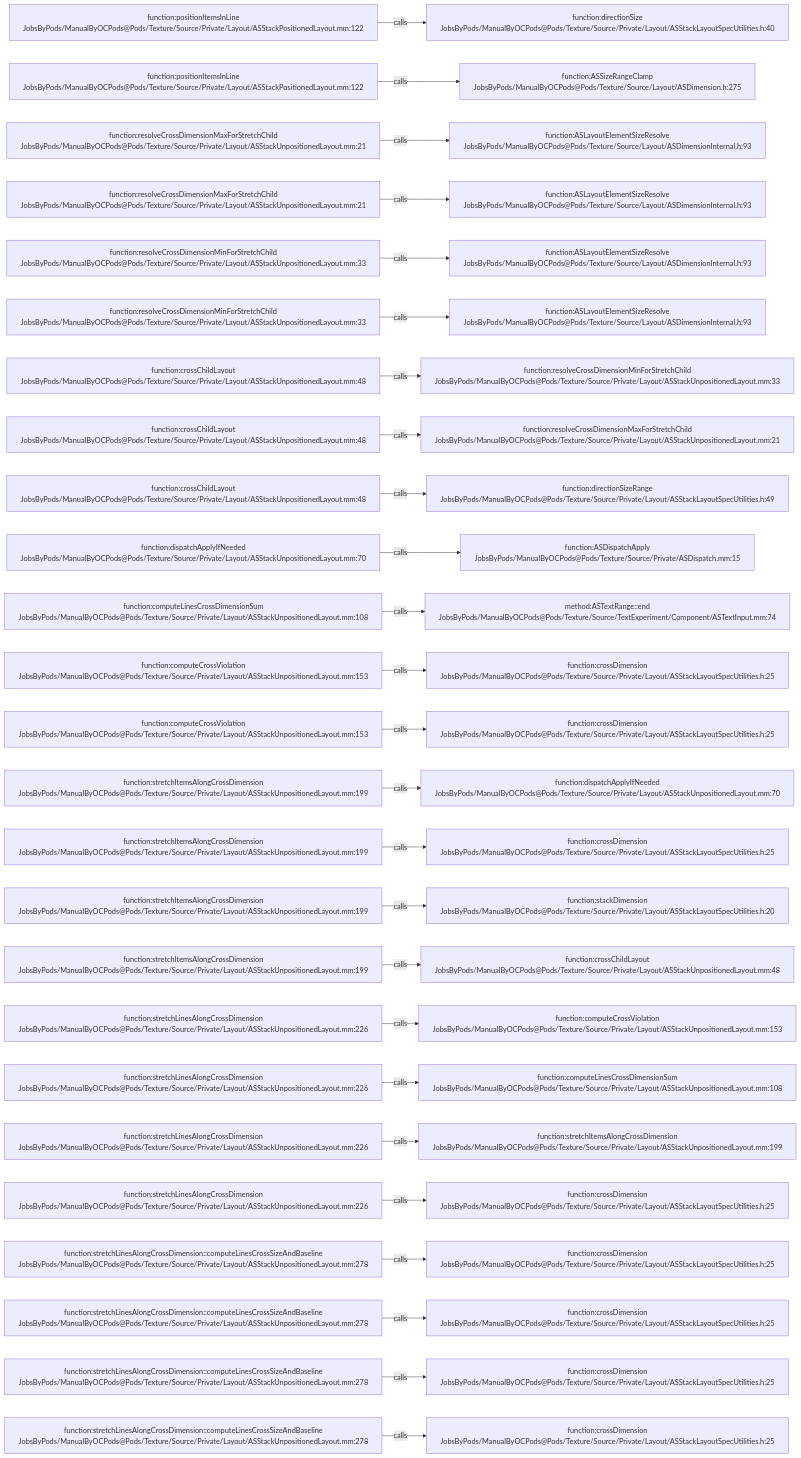
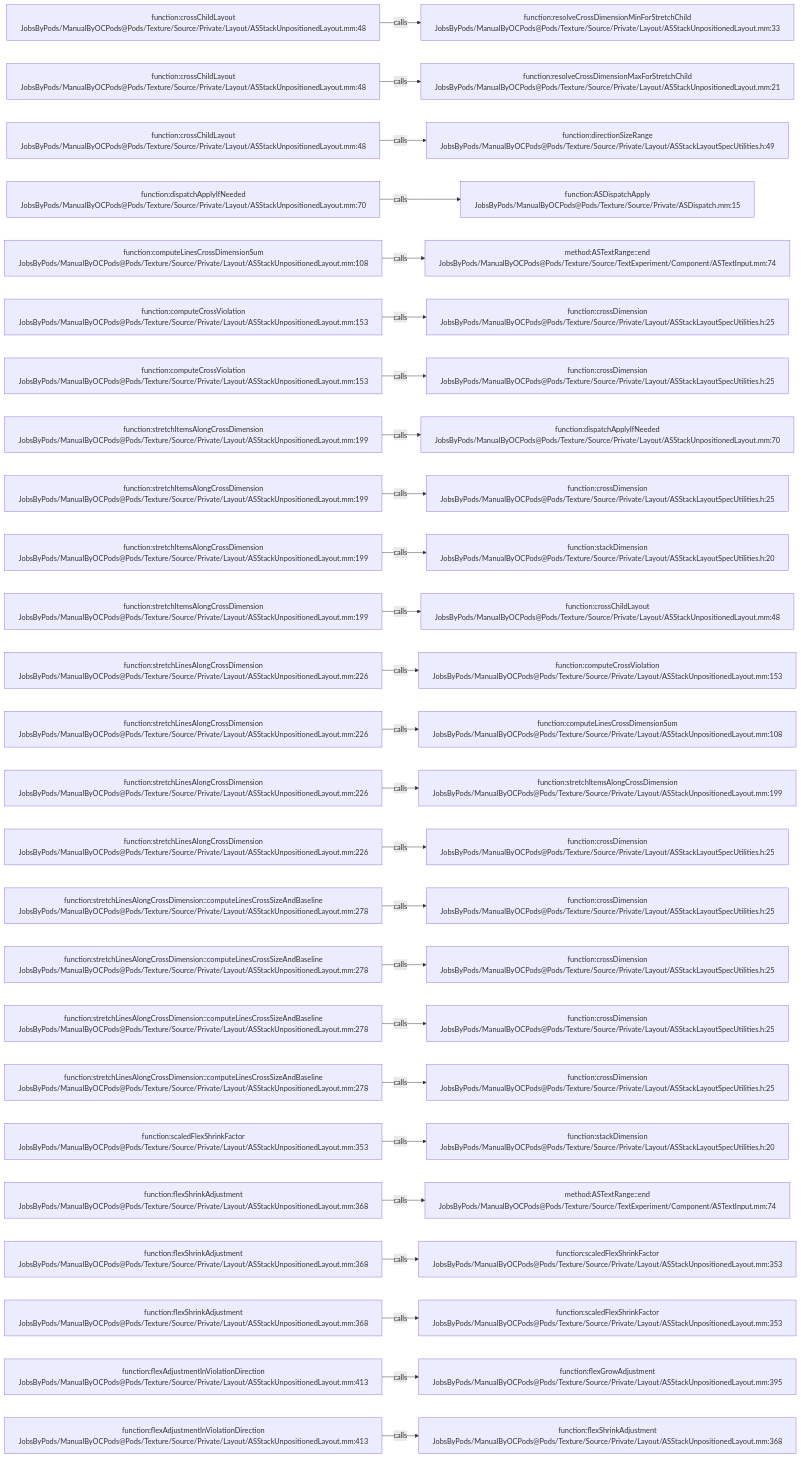
Before and after one commit to JobsKits/JobsOCBaseConfigDemo: the diagram in .codegraph/codegraph.md/graphs/calls-186.md, drawn with Mermaid. The commit also changed 666 other files, not shown here.

````diff
--- a/.codegraph/codegraph.md/graphs/calls-186.md
+++ b/.codegraph/codegraph.md/graphs/calls-186.md
@@ -13,78 +13,78 @@
 ```mermaid
 flowchart LR
-  S1["function:positionItemsInLine<br/>JobsByPods/ManualByOCPods@Pods/Texture/Source/Private/Layout/ASStackPositionedLayout.mm:122"]
-  T1["function:directionSize<br/>JobsByPods/ManualByOCPods@Pods/Texture/Source/Private/Layout/ASStackLayoutSpecUtilities.h:40"]
+  S1["function:crossChildLayout<br/>JobsByPods/ManualByOCPods@Pods/Texture/Source/Private/Layout/ASStackUnpositionedLayout.mm:48"]
+  T1["function:resolveCrossDimensionMinForStretchChild<br/>JobsByPods/ManualByOCPods@Pods/Texture/Source/Private/Layout/ASStackUnpositionedLayout.mm:33"]
   S1 -->|calls| T1
-  S2["function:positionItemsInLine<br/>JobsByPods/ManualByOCPods@Pods/Texture/Source/Private/Layout/ASStackPositionedLayout.mm:122"]
-  T2["function:ASSizeRangeClamp<br/>JobsByPods/ManualByOCPods@Pods/Texture/Source/Layout/ASDimension.h:275"]
+  S2["function:crossChildLayout<br/>JobsByPods/ManualByOCPods@Pods/Texture/Source/Private/Layout/ASStackUnpositionedLayout.mm:48"]
+  T2["function:resolveCrossDimensionMaxForStretchChild<br/>JobsByPods/ManualByOCPods@Pods/Texture/Source/Private/Layout/ASStackUnpositionedLayout.mm:21"]
   S2 -->|calls| T2
-  S3["function:resolveCrossDimensionMaxForStretchChild<br/>JobsByPods/ManualByOCPods@Pods/Texture/Source/Private/Layout/ASStackUnpositionedLayout.mm:21"]
-  T3["function:ASLayoutElementSizeResolve<br/>JobsByPods/ManualByOCPods@Pods/Texture/Source/Layout/ASDimensionInternal.h:93"]
+  S3["function:crossChildLayout<br/>JobsByPods/ManualByOCPods@Pods/Texture/Source/Private/Layout/ASStackUnpositionedLayout.mm:48"]
+  T3["function:directionSizeRange<br/>JobsByPods/ManualByOCPods@Pods/Texture/Source/Private/Layout/ASStackLayoutSpecUtilities.h:49"]
   S3 -->|calls| T3
-  S4["function:resolveCrossDimensionMaxForStretchChild<br/>JobsByPods/ManualByOCPods@Pods/Texture/Source/Private/Layout/ASStackUnpositionedLayout.mm:21"]
-  T4["function:ASLayoutElementSizeResolve<br/>JobsByPods/ManualByOCPods@Pods/Texture/Source/Layout/ASDimensionInternal.h:93"]
+  S4["function:dispatchApplyIfNeeded<br/>JobsByPods/ManualByOCPods@Pods/Texture/Source/Private/Layout/ASStackUnpositionedLayout.mm:70"]
+  T4["function:ASDispatchApply<br/>JobsByPods/ManualByOCPods@Pods/Texture/Source/Private/ASDispatch.mm:15"]
   S4 -->|calls| T4
-  S5["function:resolveCrossDimensionMinForStretchChild<br/>JobsByPods/ManualByOCPods@Pods/Texture/Source/Private/Layout/ASStackUnpositionedLayout.mm:33"]
-  T5["function:ASLayoutElementSizeResolve<br/>JobsByPods/ManualByOCPods@Pods/Texture/Source/Layout/ASDimensionInternal.h:93"]
+  S5["function:computeLinesCrossDimensionSum<br/>JobsByPods/ManualByOCPods@Pods/Texture/Source/Private/Layout/ASStackUnpositionedLayout.mm:108"]
+  T5["method:ASTextRange::end<br/>JobsByPods/ManualByOCPods@Pods/Texture/Source/TextExperiment/Component/ASTextInput.mm:74"]
   S5 -->|calls| T5
-  S6["function:resolveCrossDimensionMinForStretchChild<br/>JobsByPods/ManualByOCPods@Pods/Texture/Source/Private/Layout/ASStackUnpositionedLayout.mm:33"]
-  T6["function:ASLayoutElementSizeResolve<br/>JobsByPods/ManualByOCPods@Pods/Texture/Source/Layout/ASDimensionInternal.h:93"]
+  S6["function:computeCrossViolation<br/>JobsByPods/ManualByOCPods@Pods/Texture/Source/Private/Layout/ASStackUnpositionedLayout.mm:153"]
+  T6["function:crossDimension<br/>JobsByPods/ManualByOCPods@Pods/Texture/Source/Private/Layout/ASStackLayoutSpecUtilities.h:25"]
   S6 -->|calls| T6
-  S7["function:crossChildLayout<br/>JobsByPods/ManualByOCPods@Pods/Texture/Source/Private/Layout/ASStackUnpositionedLayout.mm:48"]
-  T7["function:resolveCrossDimensionMinForStretchChild<br/>JobsByPods/ManualByOCPods@Pods/Texture/Source/Private/Layout/ASStackUnpositionedLayout.mm:33"]
+  S7["function:computeCrossViolation<br/>JobsByPods/ManualByOCPods@Pods/Texture/Source/Private/Layout/ASStackUnpositionedLayout.mm:153"]
+  T7["function:crossDimension<br/>JobsByPods/ManualByOCPods@Pods/Texture/Source/Private/Layout/ASStackLayoutSpecUtilities.h:25"]
   S7 -->|calls| T7
-  S8["function:crossChildLayout<br/>JobsByPods/ManualByOCPods@Pods/Texture/Source/Private/Layout/ASStackUnpositionedLayout.mm:48"]
-  T8["function:resolveCrossDimensionMaxForStretchChild<br/>JobsByPods/ManualByOCPods@Pods/Texture/Source/Private/Layout/ASStackUnpositionedLayout.mm:21"]
+  S8["function:stretchItemsAlongCrossDimension<br/>JobsByPods/ManualByOCPods@Pods/Texture/Source/Private/Layout/ASStackUnpositionedLayout.mm:199"]
+  T8["function:dispatchApplyIfNeeded<br/>JobsByPods/ManualByOCPods@Pods/Texture/Source/Private/Layout/ASStackUnpositionedLayout.mm:70"]
   S8 -->|calls| T8
-  S9["function:crossChildLayout<br/>JobsByPods/ManualByOCPods@Pods/Texture/Source/Private/Layout/ASStackUnpositionedLayout.mm:48"]
-  T9["function:directionSizeRange<br/>JobsByPods/ManualByOCPods@Pods/Texture/Source/Private/Layout/ASStackLayoutSpecUtilities.h:49"]
+  S9["function:stretchItemsAlongCrossDimension<br/>JobsByPods/ManualByOCPods@Pods/Texture/Source/Private/Layout/ASStackUnpositionedLayout.mm:199"]
+  T9["function:crossDimension<br/>JobsByPods/ManualByOCPods@Pods/Texture/Source/Private/Layout/ASStackLayoutSpecUtilities.h:25"]
   S9 -->|calls| T9
-  S10["function:dispatchApplyIfNeeded<br/>JobsByPods/ManualByOCPods@Pods/Texture/Source/Private/Layout/ASStackUnpositionedLayout.mm:70"]
-  T10["function:ASDispatchApply<br/>JobsByPods/ManualByOCPods@Pods/Texture/Source/Private/ASDispatch.mm:15"]
+  S10["function:stretchItemsAlongCrossDimension<br/>JobsByPods/ManualByOCPods@Pods/Texture/Source/Private/Layout/ASStackUnpositionedLayout.mm:199"]
+  T10["function:stackDimension<br/>JobsByPods/ManualByOCPods@Pods/Texture/Source/Private/Layout/ASStackLayoutSpecUtilities.h:20"]
   S10 -->|calls| T10
-  S11["function:computeLinesCrossDimensionSum<br/>JobsByPods/ManualByOCPods@Pods/Texture/Source/Private/Layout/ASStackUnpositionedLayout.mm:108"]
-  T11["method:ASTextRange::end<br/>JobsByPods/ManualByOCPods@Pods/Texture/Source/TextExperiment/Component/ASTextInput.mm:74"]
+  S11["function:stretchItemsAlongCrossDimension<br/>JobsByPods/ManualByOCPods@Pods/Texture/Source/Private/Layout/ASStackUnpositionedLayout.mm:199"]
+  T11["function:crossChildLayout<br/>JobsByPods/ManualByOCPods@Pods/Texture/Source/Private/Layout/ASStackUnpositionedLayout.mm:48"]
   S11 -->|calls| T11
-  S12["function:computeCrossViolation<br/>JobsByPods/ManualByOCPods@Pods/Texture/Source/Private/Layout/ASStackUnpositionedLayout.mm:153"]
-  T12["function:crossDimension<br/>JobsByPods/ManualByOCPods@Pods/Texture/Source/Private/Layout/ASStackLayoutSpecUtilities.h:25"]
+  S12["function:stretchLinesAlongCrossDimension<br/>JobsByPods/ManualByOCPods@Pods/Texture/Source/Private/Layout/ASStackUnpositionedLayout.mm:226"]
+  T12["function:computeCrossViolation<br/>JobsByPods/ManualByOCPods@Pods/Texture/Source/Private/Layout/ASStackUnpositionedLayout.mm:153"]
   S12 -->|calls| T12
-  S13["function:computeCrossViolation<br/>JobsByPods/ManualByOCPods@Pods/Texture/Source/Private/Layout/ASStackUnpositionedLayout.mm:153"]
-  T13["function:crossDimension<br/>JobsByPods/ManualByOCPods@Pods/Texture/Source/Private/Layout/ASStackLayoutSpecUtilities.h:25"]
+  S13["function:stretchLinesAlongCrossDimension<br/>JobsByPods/ManualByOCPods@Pods/Texture/Source/Private/Layout/ASStackUnpositionedLayout.mm:226"]
+  T13["function:computeLinesCrossDimensionSum<br/>JobsByPods/ManualByOCPods@Pods/Texture/Source/Private/Layout/ASStackUnpositionedLayout.mm:108"]
   S13 -->|calls| T13
-  S14["function:stretchItemsAlongCrossDimension<br/>JobsByPods/ManualByOCPods@Pods/Texture/Source/Private/Layout/ASStackUnpositionedLayout.mm:199"]
-  T14["function:dispatchApplyIfNeeded<br/>JobsByPods/ManualByOCPods@Pods/Texture/Source/Private/Layout/ASStackUnpositionedLayout.mm:70"]
+  S14["function:stretchLinesAlongCrossDimension<br/>JobsByPods/ManualByOCPods@Pods/Texture/Source/Private/Layout/ASStackUnpositionedLayout.mm:226"]
+  T14["function:stretchItemsAlongCrossDimension<br/>JobsByPods/ManualByOCPods@Pods/Texture/Source/Private/Layout/ASStackUnpositionedLayout.mm:199"]
   S14 -->|calls| T14
-  S15["function:stretchItemsAlongCrossDimension<br/>JobsByPods/ManualByOCPods@Pods/Texture/Source/Private/Layout/ASStackUnpositionedLayout.mm:199"]
+  S15["function:stretchLinesAlongCrossDimension<br/>JobsByPods/ManualByOCPods@Pods/Texture/Source/Private/Layout/ASStackUnpositionedLayout.mm:226"]
   T15["function:crossDimension<br/>JobsByPods/ManualByOCPods@Pods/Texture/Source/Private/Layout/ASStackLayoutSpecUtilities.h:25"]
   S15 -->|calls| T15
-  S16["function:stretchItemsAlongCrossDimension<br/>JobsByPods/ManualByOCPods@Pods/Texture/Source/Private/Layout/ASStackUnpositionedLayout.mm:199"]
-  T16["function:stackDimension<br/>JobsByPods/ManualByOCPods@Pods/Texture/Source/Private/Layout/ASStackLayoutSpecUtilities.h:20"]
+  S16["function:stretchLinesAlongCrossDimension::computeLinesCrossSizeAndBaseline<br/>JobsByPods/ManualByOCPods@Pods/Texture/Source/Private/Layout/ASStackUnpositionedLayout.mm:278"]
+  T16["function:crossDimension<br/>JobsByPods/ManualByOCPods@Pods/Texture/Source/Private/Layout/ASStackLayoutSpecUtilities.h:25"]
   S16 -->|calls| T16
-  S17["function:stretchItemsAlongCrossDimension<br/>JobsByPods/ManualByOCPods@Pods/Texture/Source/Private/Layout/ASStackUnpositionedLayout.mm:199"]
-  T17["function:crossChildLayout<br/>JobsByPods/ManualByOCPods@Pods/Texture/Source/Private/Layout/ASStackUnpositionedLayout.mm:48"]
+  S17["function:stretchLinesAlongCrossDimension::computeLinesCrossSizeAndBaseline<br/>JobsByPods/ManualByOCPods@Pods/Texture/Source/Private/Layout/ASStackUnpositionedLayout.mm:278"]
+  T17["function:crossDimension<br/>JobsByPods/ManualByOCPods@Pods/Texture/Source/Private/Layout/ASStackLayoutSpecUtilities.h:25"]
   S17 -->|calls| T17
-  S18["function:stretchLinesAlongCrossDimension<br/>JobsByPods/ManualByOCPods@Pods/Texture/Source/Private/Layout/ASStackUnpositionedLayout.mm:226"]
-  T18["function:computeCrossViolation<br/>JobsByPods/ManualByOCPods@Pods/Texture/Source/Private/Layout/ASStackUnpositionedLayout.mm:153"]
+  S18["function:stretchLinesAlongCrossDimension::computeLinesCrossSizeAndBaseline<br/>JobsByPods/ManualByOCPods@Pods/Texture/Source/Private/Layout/ASStackUnpositionedLayout.mm:278"]
+  T18["function:crossDimension<br/>JobsByPods/ManualByOCPods@Pods/Texture/Source/Private/Layout/ASStackLayoutSpecUtilities.h:25"]
   S18 -->|calls| T18
-  S19["function:stretchLinesAlongCrossDimension<br/>JobsByPods/ManualByOCPods@Pods/Texture/Source/Private/Layout/ASStackUnpositionedLayout.mm:226"]
-  T19["function:computeLinesCrossDimensionSum<br/>JobsByPods/ManualByOCPods@Pods/Texture/Source/Private/Layout/ASStackUnpositionedLayout.mm:108"]
+  S19["function:stretchLinesAlongCrossDimension::computeLinesCrossSizeAndBaseline<br/>JobsByPods/ManualByOCPods@Pods/Texture/Source/Private/Layout/ASStackUnpositionedLayout.mm:278"]
+  T19["function:crossDimension<br/>JobsByPods/ManualByOCPods@Pods/Texture/Source/Private/Layout/ASStackLayoutSpecUtilities.h:25"]
   S19 -->|calls| T19
-  S20["function:stretchLinesAlongCrossDimension<br/>JobsByPods/ManualByOCPods@Pods/Texture/Source/Private/Layout/ASStackUnpositionedLayout.mm:226"]
-  T20["function:stretchItemsAlongCrossDimension<br/>JobsByPods/ManualByOCPods@Pods/Texture/Source/Private/Layout/ASStackUnpositionedLayout.mm:199"]
+  S20["function:scaledFlexShrinkFactor<br/>JobsByPods/ManualByOCPods@Pods/Texture/Source/Private/Layout/ASStackUnpositionedLayout.mm:353"]
+  T20["function:stackDimension<br/>JobsByPods/ManualByOCPods@Pods/Texture/Source/Private/Layout/ASStackLayoutSpecUtilities.h:20"]
   S20 -->|calls| T20
-  S21["function:stretchLinesAlongCrossDimension<br/>JobsByPods/ManualByOCPods@Pods/Texture/Source/Private/Layout/ASStackUnpositionedLayout.mm:226"]
-  T21["function:crossDimension<br/>JobsByPods/ManualByOCPods@Pods/Texture/Source/Private/Layout/ASStackLayoutSpecUtilities.h:25"]
+  S21["function:flexShrinkAdjustment<br/>JobsByPods/ManualByOCPods@Pods/Texture/Source/Private/Layout/ASStackUnpositionedLayout.mm:368"]
+  T21["method:ASTextRange::end<br/>JobsByPods/ManualByOCPods@Pods/Texture/Source/TextExperiment/Component/ASTextInput.mm:74"]
   S21 -->|calls| T21
-  S22["function:stretchLinesAlongCrossDimension::computeLinesCrossSizeAndBaseline<br/>JobsByPods/ManualByOCPods@Pods/Texture/Source/Private/Layout/ASStackUnpositionedLayout.mm:278"]
-  T22["function:crossDimension<br/>JobsByPods/ManualByOCPods@Pods/Texture/Source/Private/Layout/ASStackLayoutSpecUtilities.h:25"]
+  S22["function:flexShrinkAdjustment<br/>JobsByPods/ManualByOCPods@Pods/Texture/Source/Private/Layout/ASStackUnpositionedLayout.mm:368"]
+  T22["function:scaledFlexShrinkFactor<br/>JobsByPods/ManualByOCPods@Pods/Texture/Source/Private/Layout/ASStackUnpositionedLayout.mm:353"]
   S22 -->|calls| T22
-  S23["function:stretchLinesAlongCrossDimension::computeLinesCrossSizeAndBaseline<br/>JobsByPods/ManualByOCPods@Pods/Texture/Source/Private/Layout/ASStackUnpositionedLayout.mm:278"]
-  T23["function:crossDimension<br/>JobsByPods/ManualByOCPods@Pods/Texture/Source/Private/Layout/ASStackLayoutSpecUtilities.h:25"]
+  S23["function:flexShrinkAdjustment<br/>JobsByPods/ManualByOCPods@Pods/Texture/Source/Private/Layout/ASStackUnpositionedLayout.mm:368"]
+  T23["function:scaledFlexShrinkFactor<br/>JobsByPods/ManualByOCPods@Pods/Texture/Source/Private/Layout/ASStackUnpositionedLayout.mm:353"]
   S23 -->|calls| T23
-  S24["function:stretchLinesAlongCrossDimension::computeLinesCrossSizeAndBaseline<br/>JobsByPods/ManualByOCPods@Pods/Texture/Source/Private/Layout/ASStackUnpositionedLayout.mm:278"]
-  T24["function:crossDimension<br/>JobsByPods/ManualByOCPods@Pods/Texture/Source/Private/Layout/ASStackLayoutSpecUtilities.h:25"]
+  S24["function:flexAdjustmentInViolationDirection<br/>JobsByPods/ManualByOCPods@Pods/Texture/Source/Private/Layout/ASStackUnpositionedLayout.mm:413"]
+  T24["function:flexGrowAdjustment<br/>JobsByPods/ManualByOCPods@Pods/Texture/Source/Private/Layout/ASStackUnpositionedLayout.mm:395"]
   S24 -->|calls| T24
-  S25["function:stretchLinesAlongCrossDimension::computeLinesCrossSizeAndBaseline<br/>JobsByPods/ManualByOCPods@Pods/Texture/Source/Private/Layout/ASStackUnpositionedLayout.mm:278"]
-  T25["function:crossDimension<br/>JobsByPods/ManualByOCPods@Pods/Texture/Source/Private/Layout/ASStackLayoutSpecUtilities.h:25"]
+  S25["function:flexAdjustmentInViolationDirection<br/>JobsByPods/ManualByOCPods@Pods/Texture/Source/Private/Layout/ASStackUnpositionedLayout.mm:413"]
+  T25["function:flexShrinkAdjustment<br/>JobsByPods/ManualByOCPods@Pods/Texture/Source/Private/Layout/ASStackUnpositionedLayout.mm:368"]
   S25 -->|calls| T25
 ```
````
